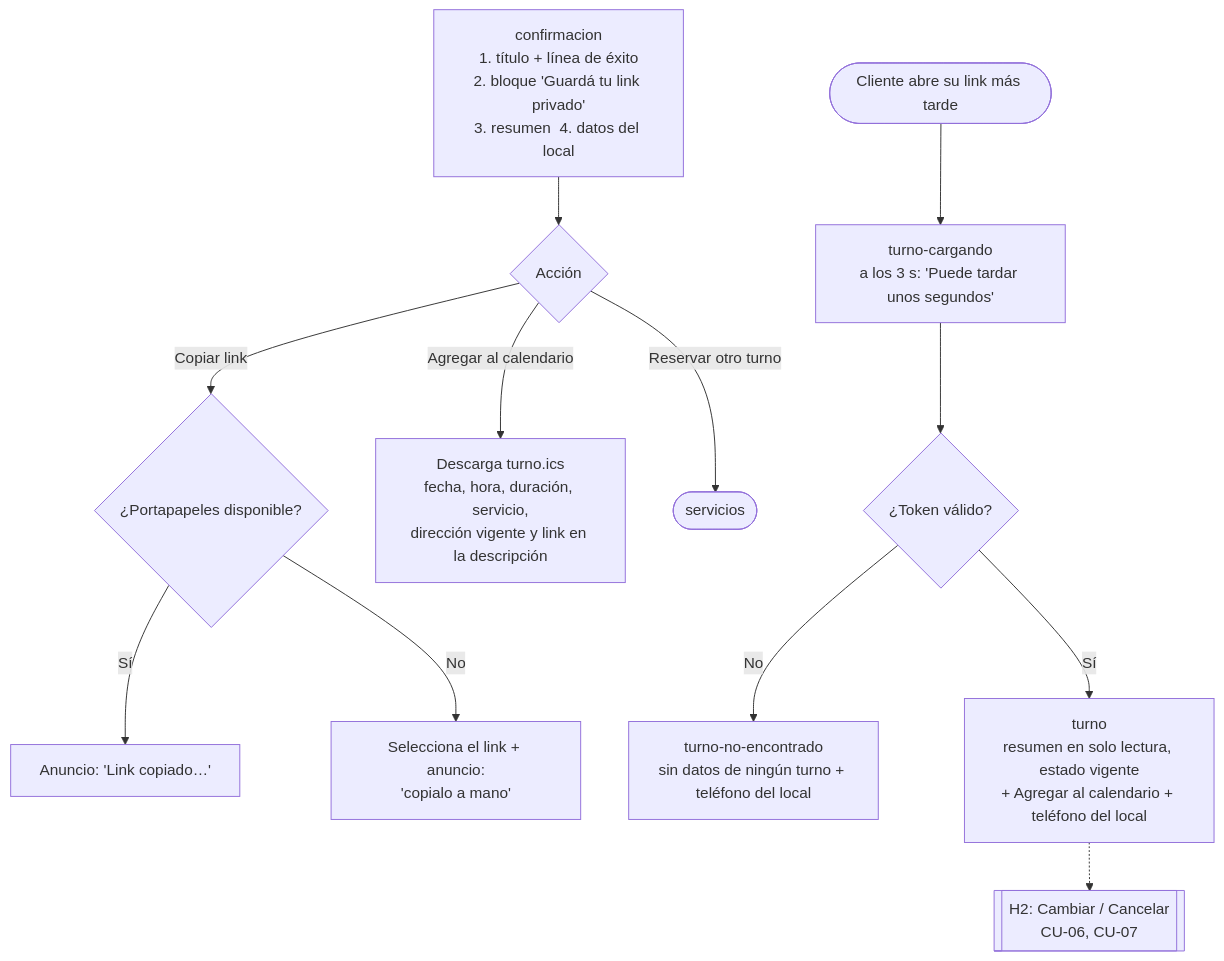
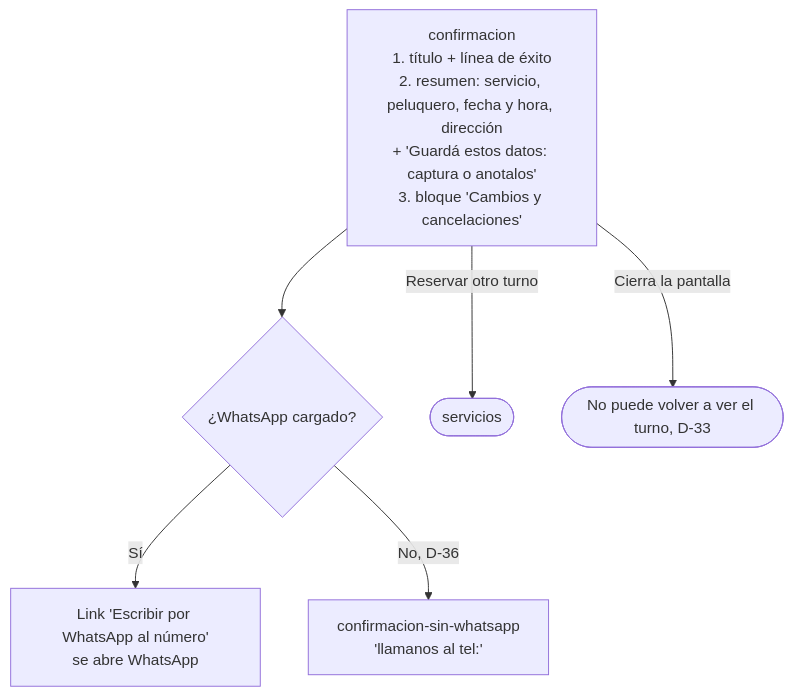
One commit to gm2dev/coop-agents-design changed the seventh of 16 diagrams in initiatives/turnos-peluqueria-mvp/flows.md. Above: the diagram before and after it, drawn with Mermaid. The commit also changed other lines of this file and 102 other files, not shown here.

Commit message:
feat(turnos-peluqueria-mvp): quitar link privado, cambiar/cancelar del cliente y calendario; aviso de contacto por WhatsApp (D-33 a D-36, DD-37, DD-38; v0.7)

````diff
--- a/initiatives/turnos-peluqueria-mvp/flows.md
+++ b/initiatives/turnos-peluqueria-mvp/flows.md
@@ -102,13 +125,8 @@
 ```mermaid
 flowchart TD
-  conf[confirmacion<br/>1. título + línea de éxito<br/>2. bloque 'Guardá tu link privado'<br/>3. resumen  4. datos del local] --> act{Acción}
-  act -->|Copiar link| cp{¿Portapapeles disponible?}
-  cp -->|Sí| cpok[Anuncio: 'Link copiado…']
-  cp -->|No| cpno[Selecciona el link + anuncio:<br/>'copialo a mano']
-  act -->|Agregar al calendario| ics[Descarga turno.ics<br/>fecha, hora, duración, servicio,<br/>dirección vigente y link en la descripción]
-  act -->|Reservar otro turno| s1([servicios])
-  open([Cliente abre su link más tarde]) --> tl[turno-cargando<br/>a los 3 s: 'Puede tardar unos segundos'] --> found{¿Token válido?}
-  found -->|No| nf[turno-no-encontrado<br/>sin datos de ningún turno + teléfono del local]
-  found -->|Sí| tv[turno<br/>resumen en solo lectura, estado vigente<br/>+ Agregar al calendario + teléfono del local]
-  tv -.-> h2[[H2: Cambiar / Cancelar<br/>CU-06, CU-07]]
+  conf[confirmacion<br/>1. título + línea de éxito<br/>2. resumen: servicio, peluquero, fecha y hora, dirección<br/>+ 'Guardá estos datos: captura o anotalos'<br/>3. bloque 'Cambios y cancelaciones'] --> wa{¿WhatsApp cargado?}
+  wa -->|Sí| l[Link 'Escribir por WhatsApp al número'<br/>se abre WhatsApp]
+  wa -->|No, D-36| t[confirmacion-sin-whatsapp<br/>'llamanos al tel:']
+  conf -->|Reservar otro turno| s1([servicios])
+  conf -->|Cierra la pantalla| gone([No puede volver a ver el turno, D-33])
 ```
````
